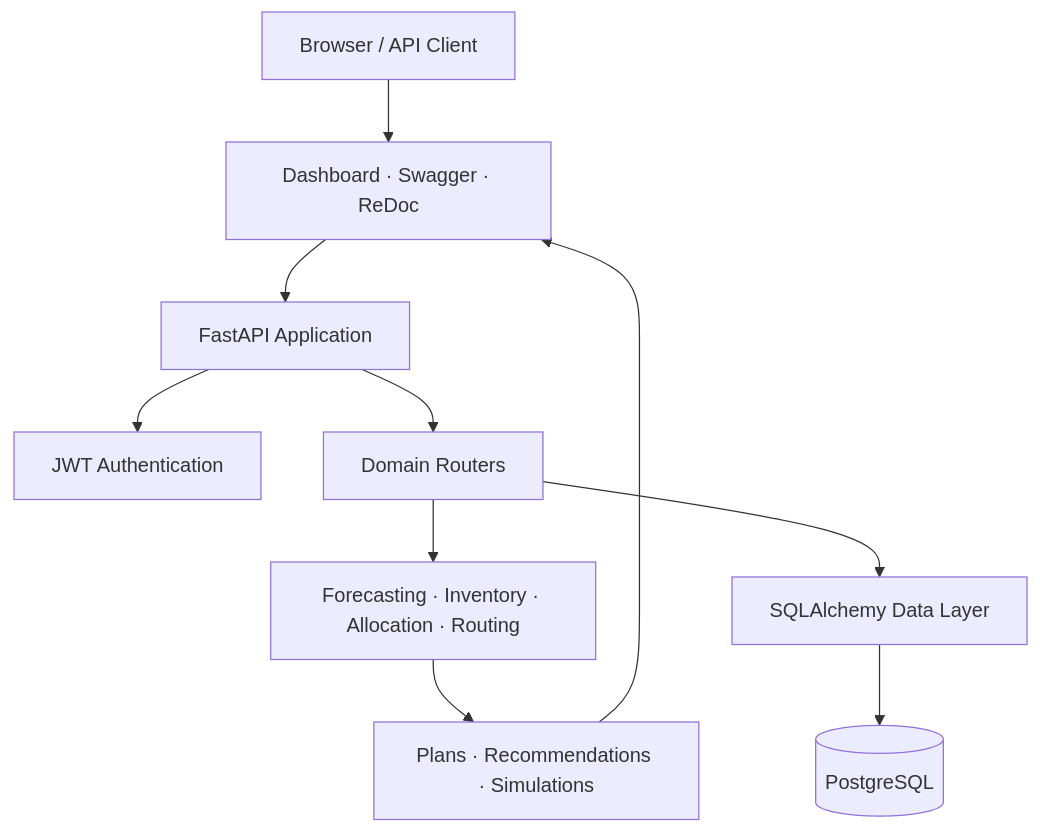
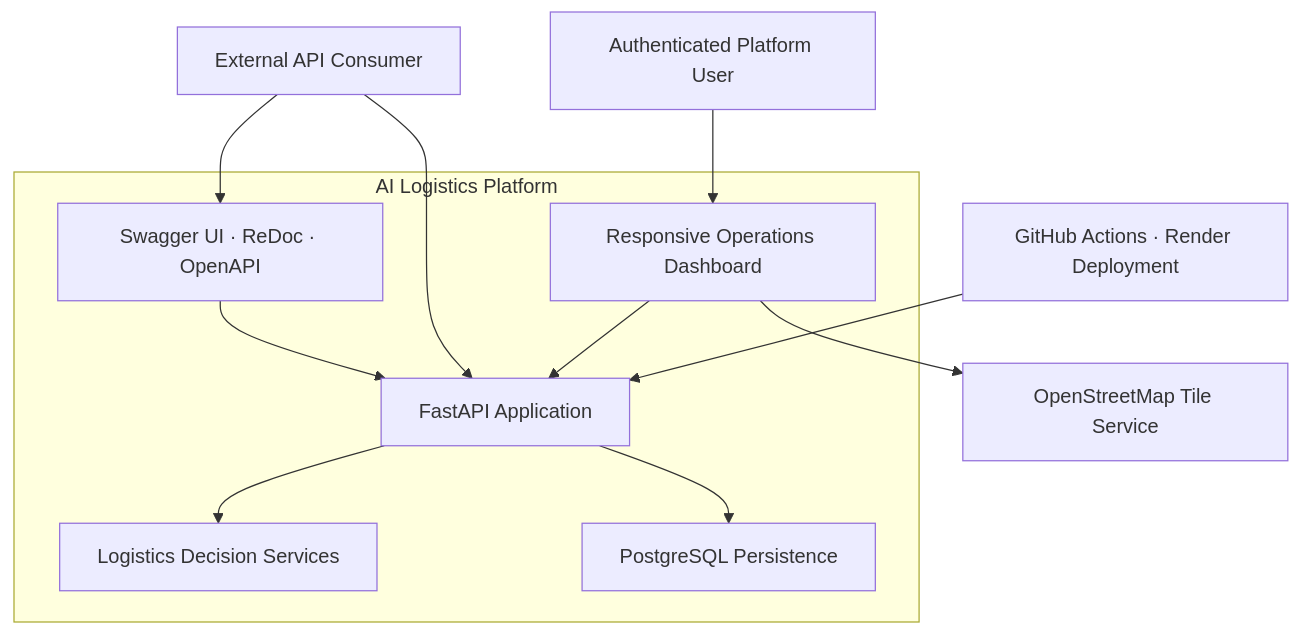
One commit to aminbita162-glitch/lieferkette-optimierungsplattform changed the first of 6 diagrams in README.md. Above: the diagram before and after it, drawn with Mermaid. The commit also changed other lines of this file, not shown here.

````diff
--- a/README.md
+++ b/README.md
@@ -64,12 +66,26 @@
 ```mermaid
 flowchart TB
-    U["Browser / API Client"] --> UI["Dashboard · Swagger · ReDoc"]
-    UI --> API["FastAPI Application"]
-    API --> AUTH["JWT Authentication"]
-    API --> ROUTERS["Domain Routers"]
-    ROUTERS --> SERVICES["Forecasting · Inventory · Allocation · Routing"]
-    ROUTERS --> ORM["SQLAlchemy Data Layer"]
-    ORM --> DB[("PostgreSQL")]
-    SERVICES --> RESULTS["Plans · Recommendations · Simulations"]
-    RESULTS --> UI
+    USER["Authenticated Platform User"]
+    CLIENT["External API Consumer"]
+
+    subgraph PLATFORM["AI Logistics Platform"]
+        WEB["Responsive Operations Dashboard"]
+        DOCS["Swagger UI · ReDoc · OpenAPI"]
+        CORE["FastAPI Application"]
+        DECISION["Logistics Decision Services"]
+        DATA["PostgreSQL Persistence"]
+    end
+
+    MAP["OpenStreetMap Tile Service"]
+    DELIVERY["GitHub Actions · Render Deployment"]
+
+    USER --> WEB
+    CLIENT --> DOCS
+    CLIENT --> CORE
+    WEB --> CORE
+    DOCS --> CORE
+    CORE --> DECISION
+    CORE --> DATA
+    WEB --> MAP
+    DELIVERY --> CORE
 ```
````
